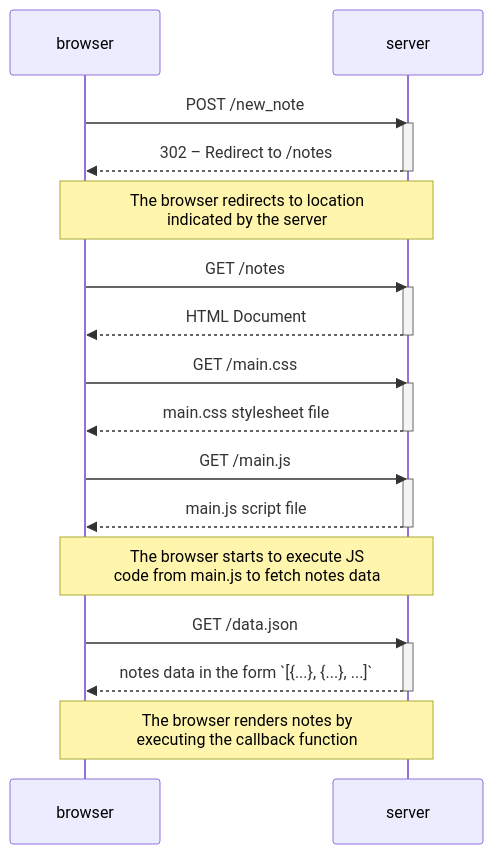
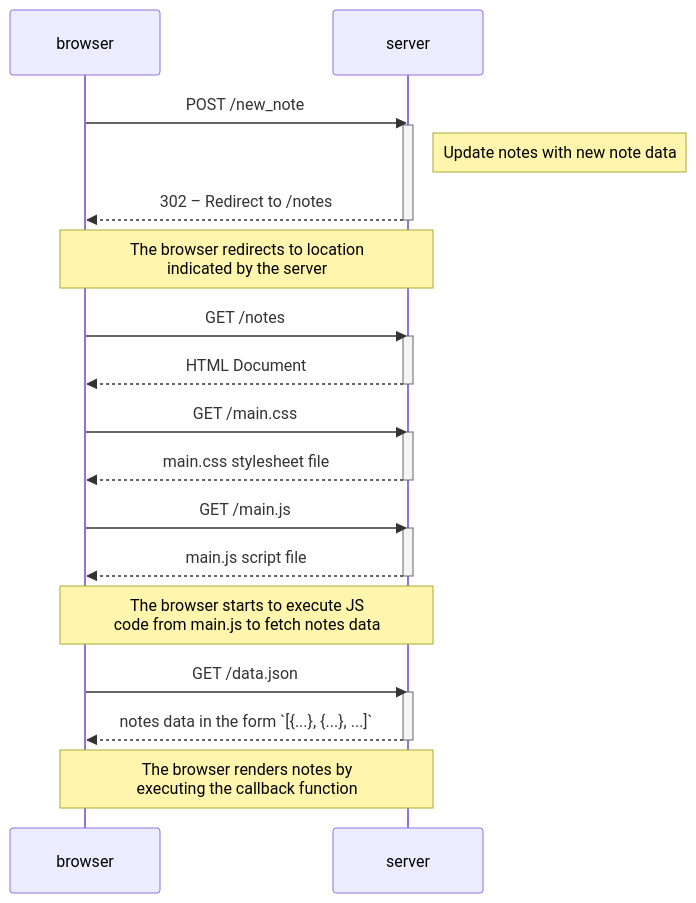
Before and after one commit to kaushalpatel-rbc/fullstackopen: the diagram in part0/exercise_4.md, drawn with Mermaid.

````diff
--- a/part0/exercise_4.md
+++ b/part0/exercise_4.md
@@ -1,33 +1,34 @@
 ```mermaid
 sequenceDiagram
   participant browser
   participant server
 
   browser ->> server: POST /new_note
   activate server
+  Note right of server: Update notes with new note data
   server -->> browser: 302 – Redirect to /notes
   deactivate server
   Note over browser,server: The browser redirects to location <br/> indicated by the server
 
   browser ->> server: GET /notes
   activate server
   server -->> browser: HTML Document
   deactivate server
 
   browser ->> server: GET /main.css
   activate server
   server -->> browser: main.css stylesheet file
   deactivate server
 
   browser ->> server: GET /main.js
   activate server
   server -->> browser: main.js script file
   deactivate server
   Note over browser,server: The browser starts to execute JS <br/> code from main.js to fetch notes data
 
   browser ->> server: GET /data.json
   activate server
   server -->> browser: notes data in the form `[{...}, {...}, ...]`
   deactivate server
   Note over browser,server: The browser renders notes by <br/> executing the callback function
 ```
````
